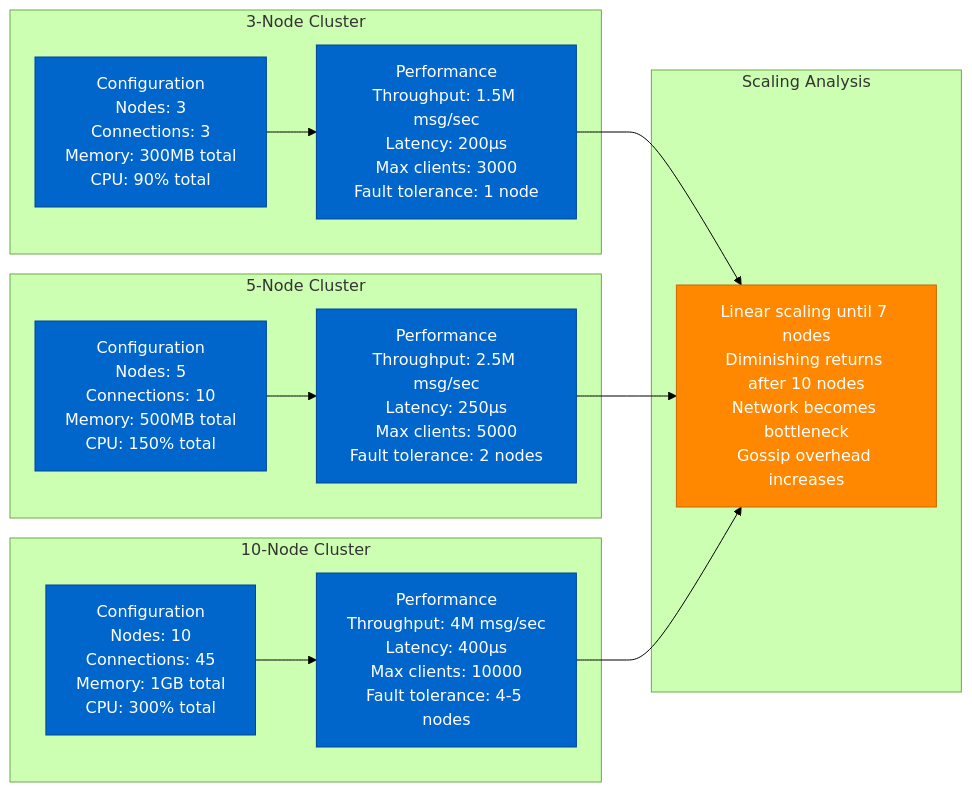
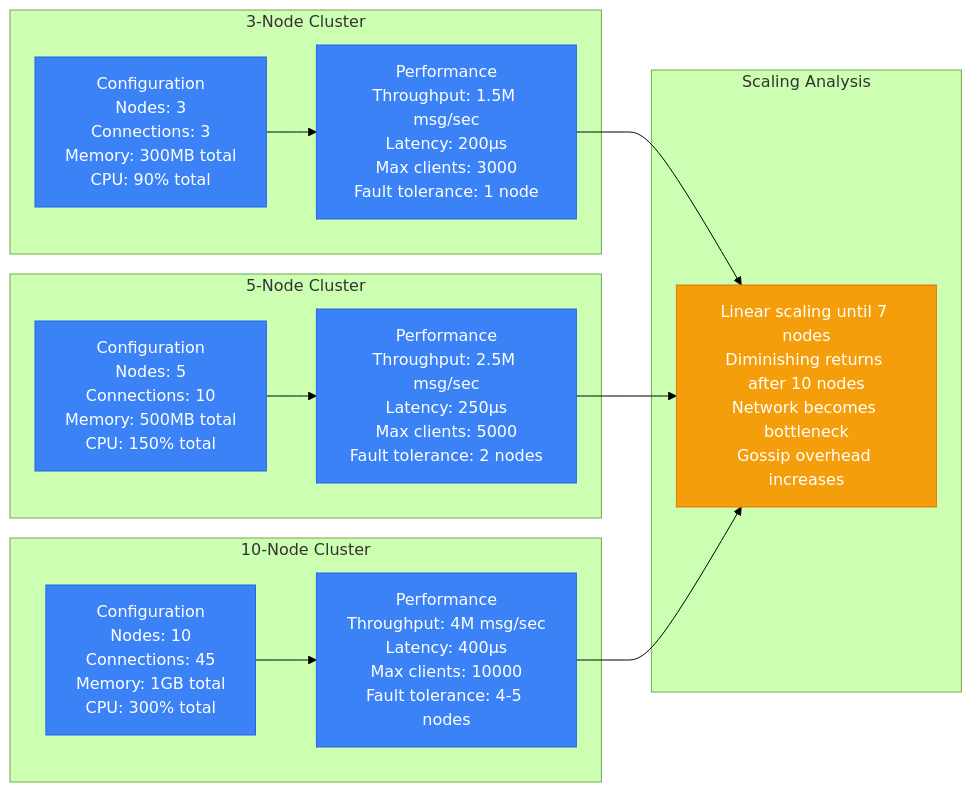
One commit to deepaucksharma/DS changed the seventh of 13 diagrams in site/docs/performance/nats-performance-profile.md. Above: the diagram before and after it, drawn with Mermaid (forest theme). The commit also changed other lines of this file and 303 other files, not shown here.

````diff
--- a/site/docs/performance/nats-performance-profile.md
+++ b/site/docs/performance/nats-performance-profile.md
@@ -228,40 +228,40 @@
 ```mermaid
 graph LR
     subgraph "3-Node Cluster"
         C3_1[Configuration<br/>Nodes: 3<br/>Connections: 3<br/>Memory: 300MB total<br/>CPU: 90% total]
 
         C3_2[Performance<br/>Throughput: 1.5M msg/sec<br/>Latency: 200μs<br/>Max clients: 3000<br/>Fault tolerance: 1 node]
 
         C3_1 --> C3_2
     end
 
     subgraph "5-Node Cluster"
         C5_1[Configuration<br/>Nodes: 5<br/>Connections: 10<br/>Memory: 500MB total<br/>CPU: 150% total]
 
         C5_2[Performance<br/>Throughput: 2.5M msg/sec<br/>Latency: 250μs<br/>Max clients: 5000<br/>Fault tolerance: 2 nodes]
 
         C5_1 --> C5_2
     end
 
     subgraph "10-Node Cluster"
         C10_1[Configuration<br/>Nodes: 10<br/>Connections: 45<br/>Memory: 1GB total<br/>CPU: 300% total]
 
         C10_2[Performance<br/>Throughput: 4M msg/sec<br/>Latency: 400μs<br/>Max clients: 10000<br/>Fault tolerance: 4-5 nodes]
 
         C10_1 --> C10_2
     end
 
     subgraph "Scaling Analysis"
         SCALE1[Linear scaling until 7 nodes<br/>Diminishing returns after 10 nodes<br/>Network becomes bottleneck<br/>Gossip overhead increases]
     end
 
     C3_2 --> SCALE1
     C5_2 --> SCALE1
     C10_2 --> SCALE1
 
-    classDef clusterStyle fill:#0066CC,stroke:#004499,color:#fff
-    classDef scaleStyle fill:#FF8800,stroke:#CC6600,color:#fff
+    classDef clusterStyle fill:#3B82F6,stroke:#2563EB,color:#fff
+    classDef scaleStyle fill:#F59E0B,stroke:#D97706,color:#fff
 
     class C3_1,C3_2,C5_1,C5_2,C10_1,C10_2 clusterStyle
     class SCALE1 scaleStyle
 ```
````
